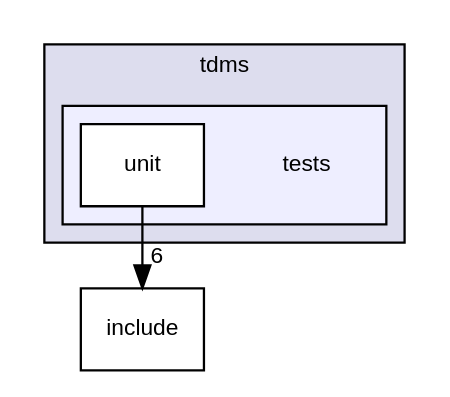
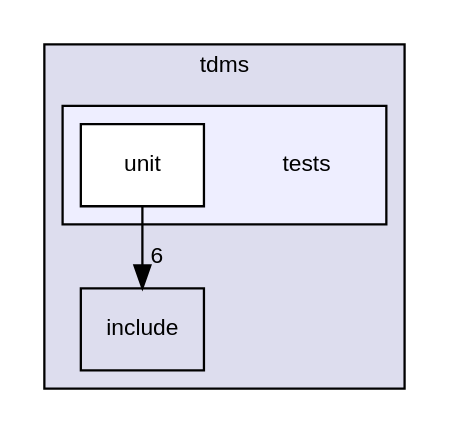
Before and after one commit to UCL/TDMS: the diagram in dir_99e68cfdfe0514ef618d04f980ae72d7_dep.dot, drawn with Graphviz. The commit also changed 324 other files, not shown here.

```diff
--- a/dir_99e68cfdfe0514ef618d04f980ae72d7_dep.dot
+++ b/dir_99e68cfdfe0514ef618d04f980ae72d7_dep.dot
@@ -1,15 +1,15 @@
 digraph "tdms/tests" {
   compound=true
   node [ fontsize="10", fontname="Helvetica"];
   edge [ labelfontsize="10", labelfontname="Helvetica"];
   subgraph clusterdir_dfaedd75726dc0f14b5d7f96fe9da9ad {
     graph [ bgcolor="#ddddee", pencolor="black", label="tdms" fontname="Helvetica", fontsize="10", URL="dir_dfaedd75726dc0f14b5d7f96fe9da9ad.html"]
+  dir_31151eb6fe72a8c6f09675be35b4e99c [shape=box label="include" URL="dir_31151eb6fe72a8c6f09675be35b4e99c.html"];
   subgraph clusterdir_99e68cfdfe0514ef618d04f980ae72d7 {
     graph [ bgcolor="#eeeeff", pencolor="black", label="" URL="dir_99e68cfdfe0514ef618d04f980ae72d7.html"];
     dir_99e68cfdfe0514ef618d04f980ae72d7 [shape=plaintext label="tests"];
-    dir_35da79734557ee91ec31d6196f63b455 [shape=box label="unit" color="black" fillcolor="white" style="filled" URL="dir_35da79734557ee91ec31d6196f63b455.html"];
+  dir_35da79734557ee91ec31d6196f63b455 [shape=box label="unit" fillcolor="white" style="filled" URL="dir_35da79734557ee91ec31d6196f63b455.html"];
   }
   }
-  dir_31151eb6fe72a8c6f09675be35b4e99c [shape=box label="include" URL="dir_31151eb6fe72a8c6f09675be35b4e99c.html"];
   dir_35da79734557ee91ec31d6196f63b455->dir_31151eb6fe72a8c6f09675be35b4e99c [headlabel="6", labeldistance=1.5 headhref="dir_000005_000002.html"];
 }
```
